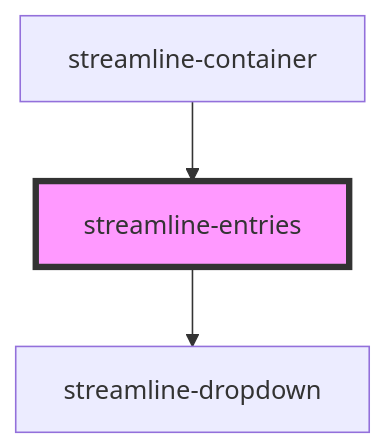
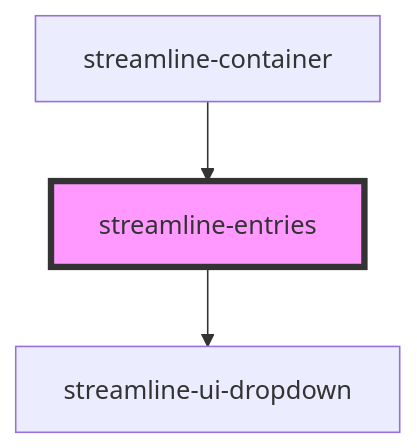
The diagram in stencil/src/components/streamline-entries/readme.md (dnnsjsk/streamline), drawn with Mermaid before and after one commit. The commit also changed other lines of this file and 37 other files, not shown here.

````diff
--- a/stencil/src/components/streamline-entries/readme.md
+++ b/stencil/src/components/streamline-entries/readme.md
@@ -17,6 +17,6 @@
 ```mermaid
 graph TD;
-  streamline-entries --> streamline-dropdown
+  streamline-entries --> streamline-ui-dropdown
   streamline-container --> streamline-entries
   style streamline-entries fill:#f9f,stroke:#333,stroke-width:4px
 ```
````
